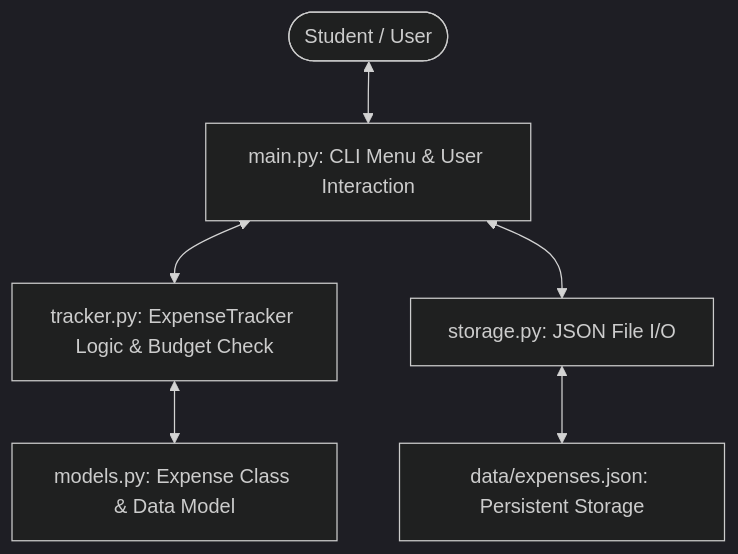
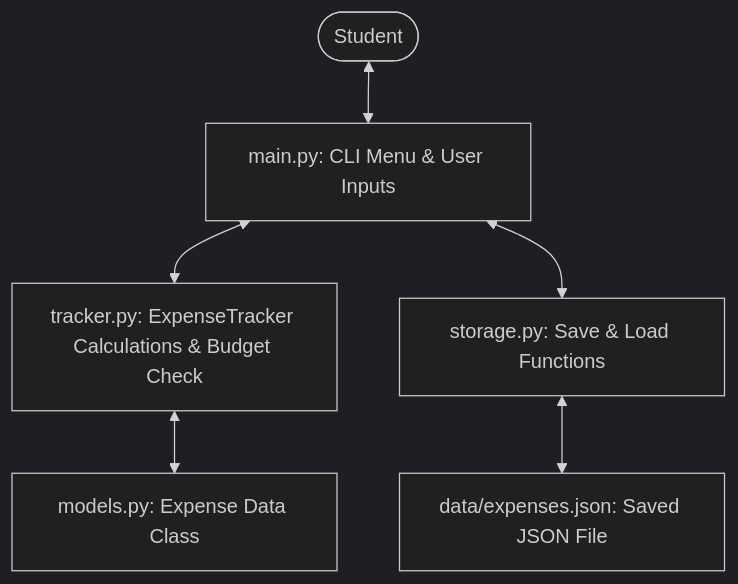
The first of 5 diagrams in PROJECT_REPORT.md (Aditya26bai10148-creator/student-expense-tracker), drawn with Mermaid (dark theme) before and after one commit. The commit also changed other lines of this file and 2 other files, not shown here.

Commit message:
Humanize report and documentation with natural student tone and campus context

````diff
--- a/PROJECT_REPORT.md
+++ b/PROJECT_REPORT.md
@@ -65,8 +77,8 @@
 ```mermaid
 flowchart TD
-    User([Student / User]) <--> Main[main.py: CLI Menu & User Interaction]
-    Main <--> Tracker[tracker.py: ExpenseTracker Logic & Budget Check]
-    Tracker <--> Models[models.py: Expense Class & Data Model]
-    Main <--> Storage[storage.py: JSON File I/O]
-    Storage <--> Disk[data/expenses.json: Persistent Storage]
+    User([Student]) <--> Main[main.py: CLI Menu & User Inputs]
+    Main <--> Tracker[tracker.py: ExpenseTracker Calculations & Budget Check]
+    Tracker <--> Models[models.py: Expense Data Class]
+    Main <--> Storage[storage.py: Save & Load Functions]
+    Storage <--> File[data/expenses.json: Saved JSON File]
 ```
````
